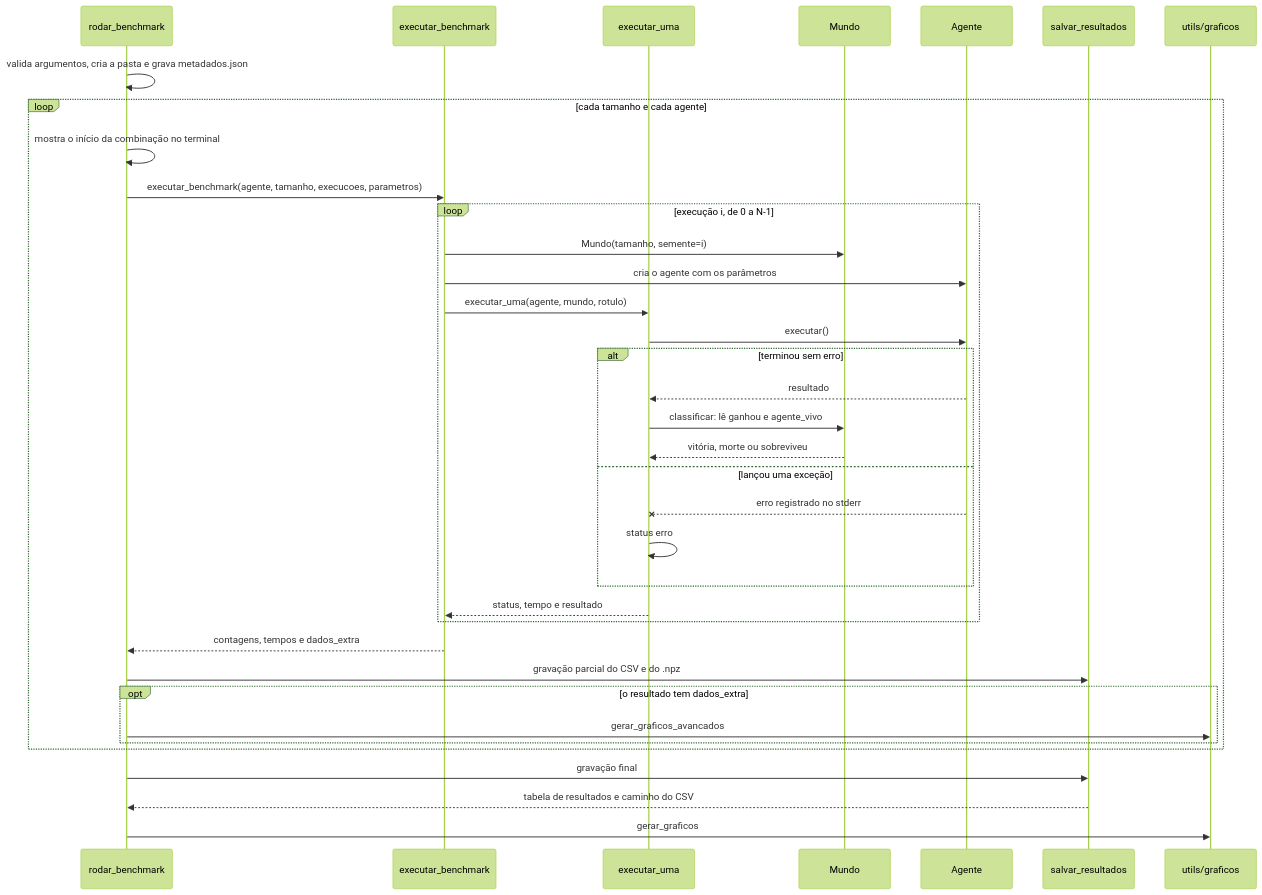
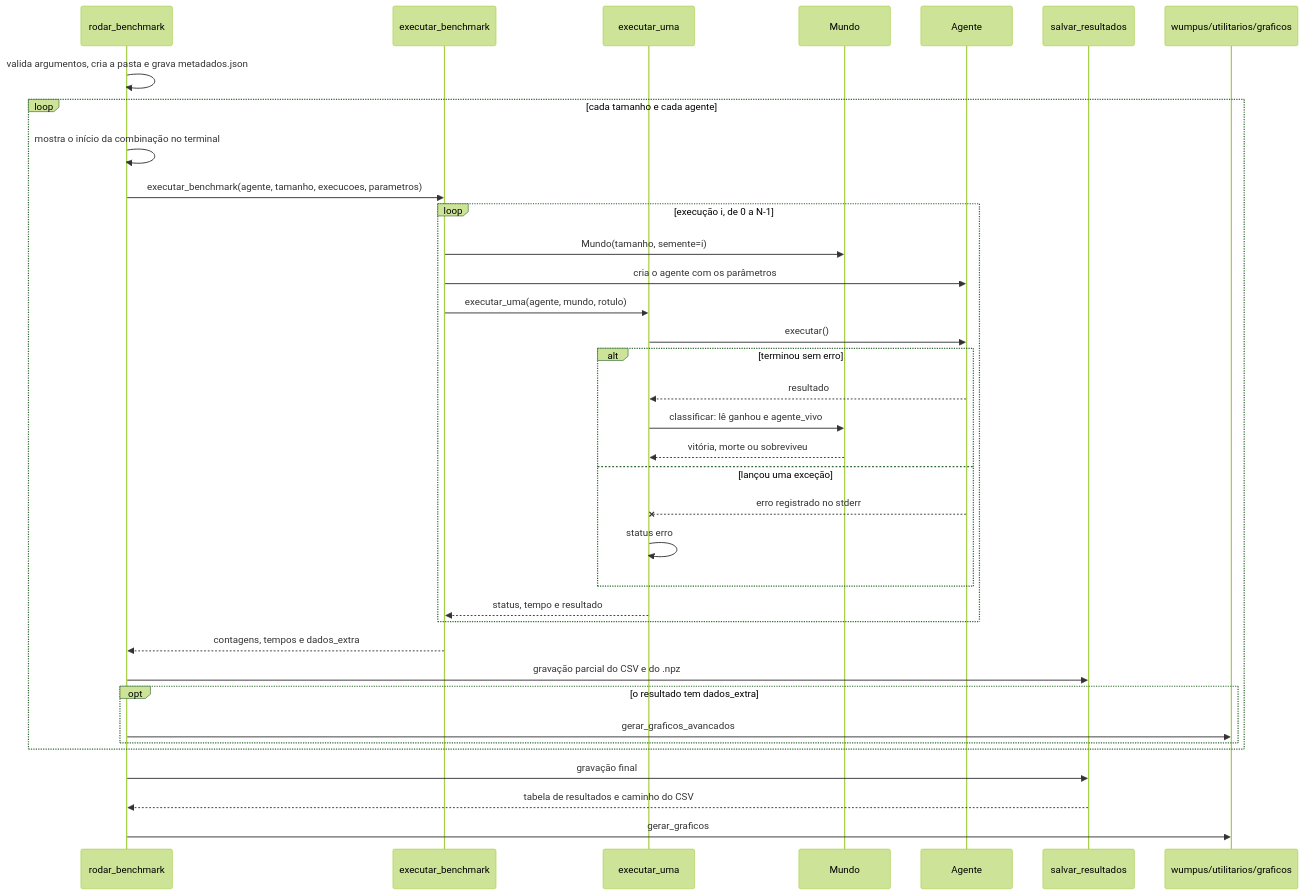
Before and after one commit to ingrid-kiki/wumpus_world_modular: the diagram in docs/arquitetura/sequencia-benchmark.md, drawn with Mermaid (forest theme). The commit also changed 10 other files, not shown here.

````diff
--- a/docs/arquitetura/sequencia-benchmark.md
+++ b/docs/arquitetura/sequencia-benchmark.md
@@ -7,41 +7,41 @@
 ```mermaid
 sequenceDiagram
     participant R as rodar_benchmark
     participant B as executar_benchmark
     participant E as executar_uma
     participant M as Mundo
     participant A as Agente
     participant S as salvar_resultados
-    participant G as utils/graficos
+    participant G as wumpus/utilitarios/graficos
 
     R->>R: valida argumentos, cria a pasta e grava metadados.json
 
     loop cada tamanho e cada agente
         R->>R: mostra o início da combinação no terminal
         R->>B: executar_benchmark(agente, tamanho, execucoes, parametros)
         loop execução i, de 0 a N-1
             B->>M: Mundo(tamanho, semente=i)
             B->>A: cria o agente com os parâmetros
             B->>E: executar_uma(agente, mundo, rotulo)
             E->>A: executar()
             alt terminou sem erro
                 A-->>E: resultado
                 E->>M: classificar: lê ganhou e agente_vivo
                 M-->>E: vitória, morte ou sobreviveu
             else lançou uma exceção
                 A--xE: erro registrado no stderr
                 E->>E: status erro
             end
             E-->>B: status, tempo e resultado
         end
         B-->>R: contagens, tempos e dados_extra
         R->>S: gravação parcial do CSV e do .npz
         opt o resultado tem dados_extra
             R->>G: gerar_graficos_avancados
         end
     end
 
     R->>S: gravação final
     S-->>R: tabela de resultados e caminho do CSV
     R->>G: gerar_graficos
 ```
````
